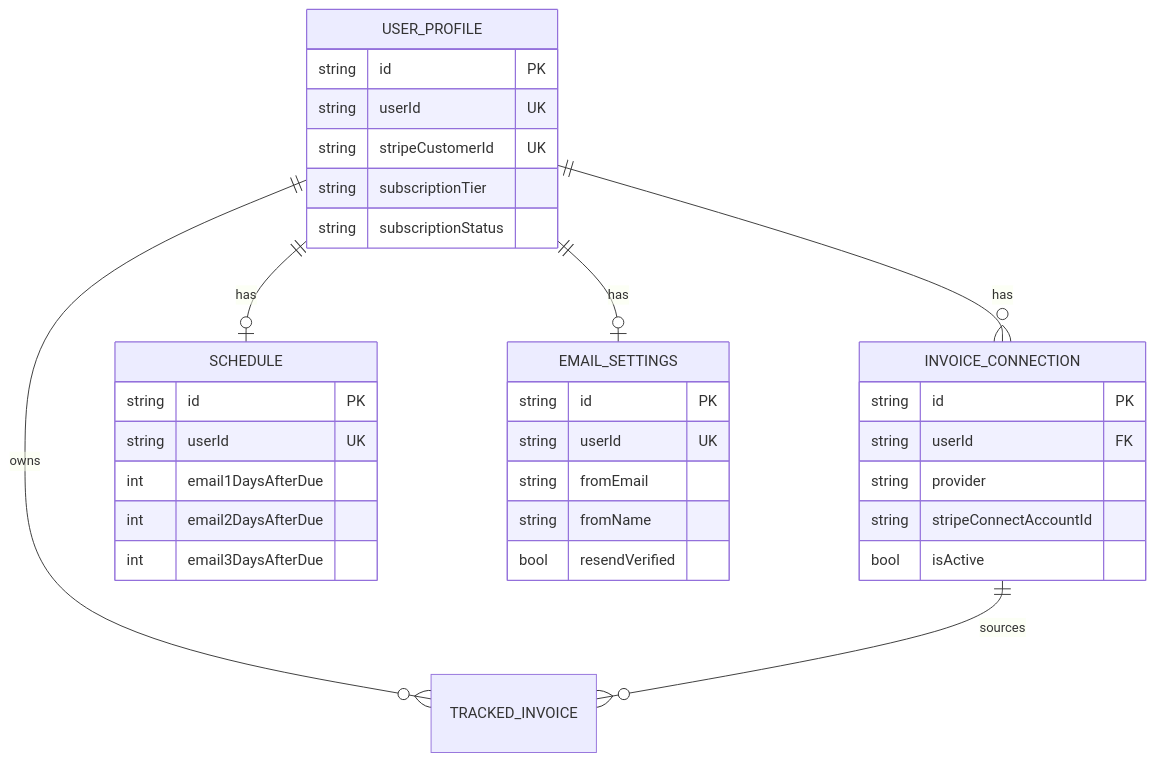
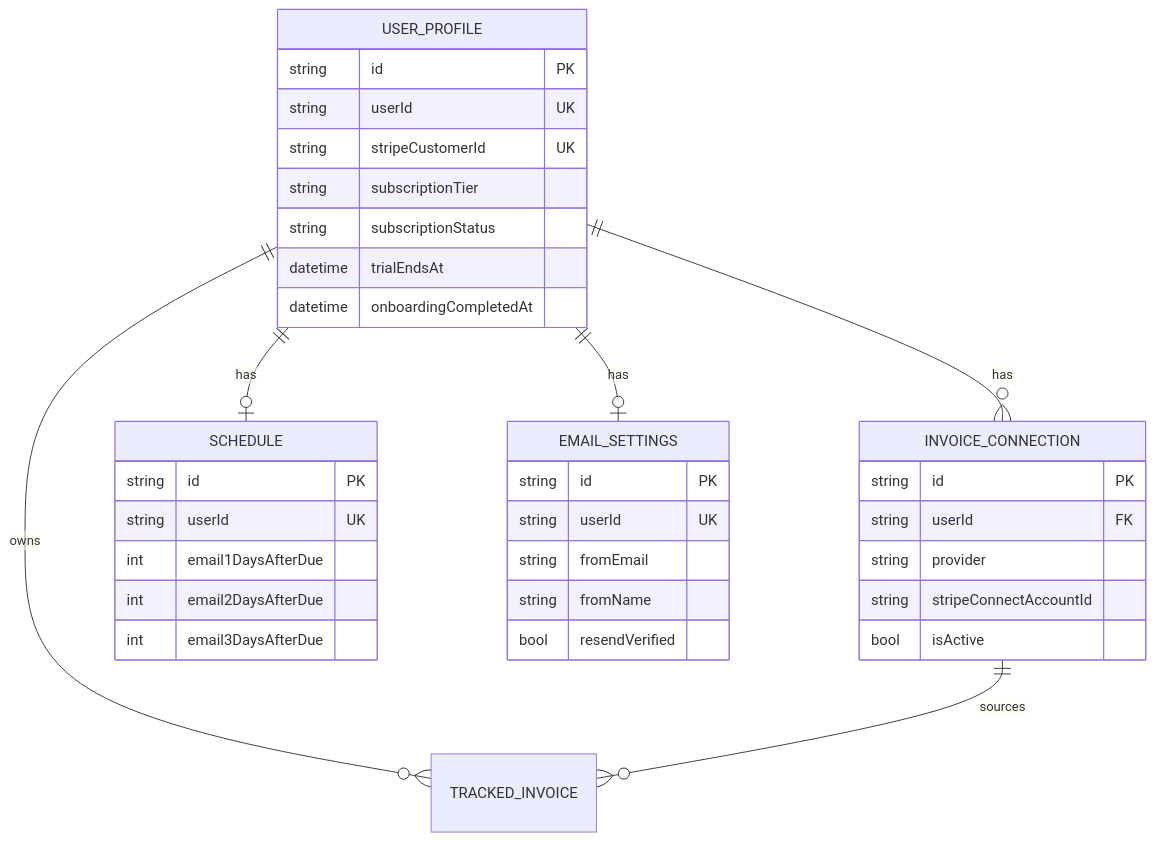
The first of 4 diagrams in docs/DDD.md (nick-syspac/paidsoon), drawn with Mermaid before and after one commit. The commit also changed other lines of this file and 17 other files, not shown here.

First line of the commit message:
feat: implement 14-day free trial onboarding flow

````diff
--- a/docs/DDD.md
+++ b/docs/DDD.md
@@ -211,37 +211,39 @@
 ```mermaid
 erDiagram
     USER_PROFILE ||--o{ INVOICE_CONNECTION : has
     USER_PROFILE ||--o| SCHEDULE : has
     USER_PROFILE ||--o| EMAIL_SETTINGS : has
     USER_PROFILE ||--o{ TRACKED_INVOICE : owns
     INVOICE_CONNECTION ||--o{ TRACKED_INVOICE : sources
 
     USER_PROFILE {
         string id PK
         string userId UK
         string stripeCustomerId UK
         string subscriptionTier
         string subscriptionStatus
+        datetime trialEndsAt
+        datetime onboardingCompletedAt
     }
     INVOICE_CONNECTION {
         string id PK
         string userId FK
         string provider
         string stripeConnectAccountId
         bool isActive
     }
     SCHEDULE {
         string id PK
         string userId UK
         int email1DaysAfterDue
         int email2DaysAfterDue
         int email3DaysAfterDue
     }
     EMAIL_SETTINGS {
         string id PK
         string userId UK
         string fromEmail
         string fromName
         bool resendVerified
     }
 ```
````
